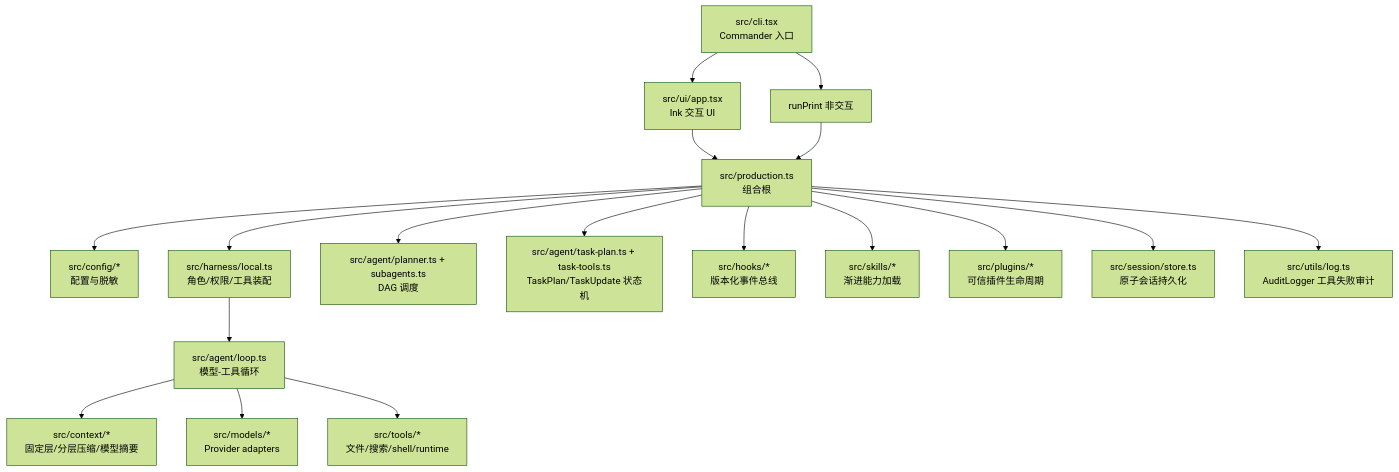
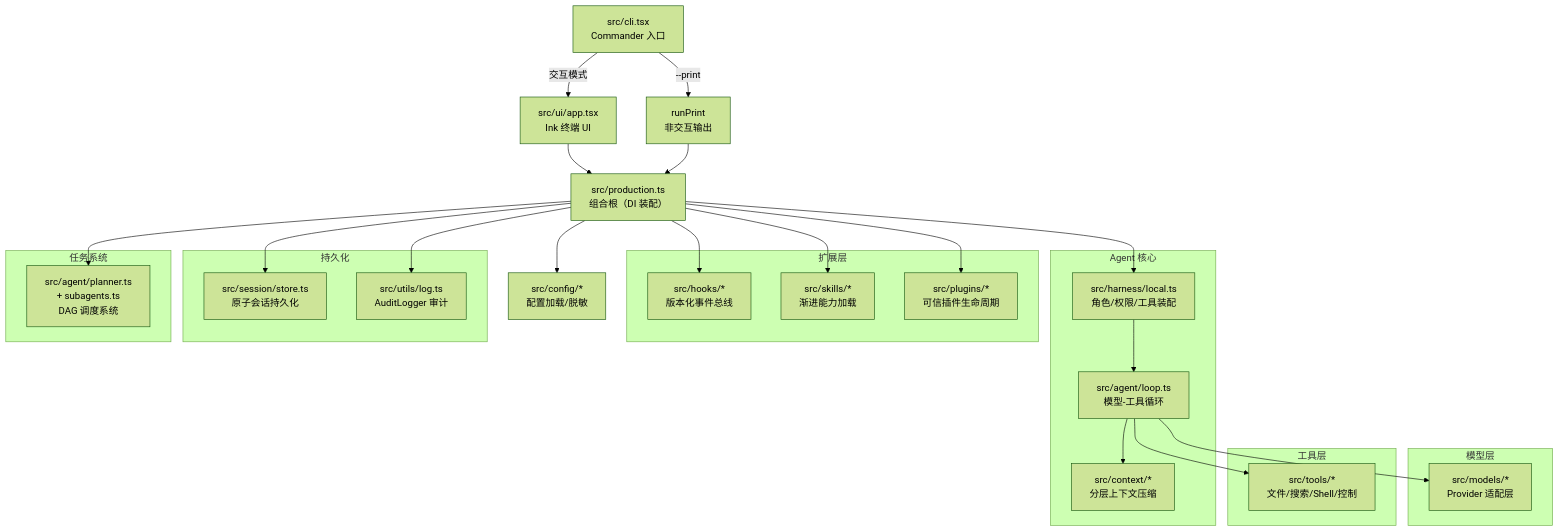
One commit to YachuanWzh/flavor-code changed the first of 11 diagrams in 技术方案报告.md. Above: the diagram before and after it, drawn with Mermaid (forest theme). The commit also changed other lines of this file and 1 other file, not shown here.

First line of the commit message:
docs(architecture): 重构技术方案报告，完善架构设计与组件说明

````diff
--- a/技术方案报告.md
+++ b/技术方案报告.md
@@ -11,20 +48,51 @@
 ```mermaid
 flowchart TD
-  CLI["src/cli.tsx\nCommander 入口"] --> UI["src/ui/app.tsx\nInk 交互 UI"]
-  CLI --> PRINT["runPrint 非交互"]
-  UI --> PROD["src/production.ts\n组合根"]
-  PRINT --> PROD
-  PROD --> CFG["src/config/*\n配置与脱敏"]
-  PROD --> HARNESS["src/harness/local.ts\n角色/权限/工具装配"]
-  HARNESS --> LOOP["src/agent/loop.ts\n模型-工具循环"]
-  LOOP --> CTX["src/context/*\n固定层/分层压缩/模型摘要"]
-  LOOP --> MODELS["src/models/*\nProvider adapters"]
-  LOOP --> TOOLS["src/tools/*\n文件/搜索/shell/runtime"]
-  PROD --> TASKS["src/agent/planner.ts + subagents.ts\nDAG 调度"]
-  PROD --> PLAN["src/agent/task-plan.ts + task-tools.ts\nTaskPlan/TaskUpdate 状态机"]
-  PROD --> HOOKS["src/hooks/*\n版本化事件总线"]
-  PROD --> SKILLS["src/skills/*\n渐进能力加载"]
-  PROD --> PLUGINS["src/plugins/*\n可信插件生命周期"]
-  PROD --> SESSION["src/session/store.ts\n原子会话持久化"]
-  PROD --> AUDIT["src/utils/log.ts\nAuditLogger 工具失败审计"]
+    CLI["src/cli.tsx<br/>Commander 入口"]
+    CLI -->|交互模式| UI["src/ui/app.tsx<br/>Ink 终端 UI"]
+    CLI -->|--print| PRINT["runPrint<br/>非交互输出"]
+    UI --> PROD["src/production.ts<br/>组合根（DI 装配）"]
+    PRINT --> PROD
+
+    PROD --> CFG["src/config/*<br/>配置加载/脱敏"]
+    PROD --> HARNESS["src/harness/local.ts<br/>角色/权限/工具装配"]
+    PROD --> TASK_SYS["src/agent/planner.ts<br/>+ subagents.ts<br/>DAG 调度系统"]
+    PROD --> HOOKS["src/hooks/*<br/>版本化事件总线"]
+    PROD --> SKILLS["src/skills/*<br/>渐进能力加载"]
+    PROD --> PLUGINS["src/plugins/*<br/>可信插件生命周期"]
+    PROD --> SESSION["src/session/store.ts<br/>原子会话持久化"]
+    PROD --> AUDIT["src/utils/log.ts<br/>AuditLogger 审计"]
+
+    HARNESS --> LOOP["src/agent/loop.ts<br/>模型-工具循环"]
+    LOOP --> CTX["src/context/*<br/>分层上下文压缩"]
+    LOOP --> MODELS["src/models/*<br/>Provider 适配层"]
+    LOOP --> TOOLS["src/tools/*<br/>文件/搜索/Shell/控制"]
+
+    subgraph "Agent 核心"
+        LOOP
+        CTX
+        HARNESS
+    end
+
+    subgraph "模型层"
+        MODELS
+    end
+
+    subgraph "工具层"
+        TOOLS
+    end
+
+    subgraph "扩展层"
+        HOOKS
+        SKILLS
+        PLUGINS
+    end
+
+    subgraph "持久化"
+        SESSION
+        AUDIT
+    end
+
+    subgraph "任务系统"
+        TASK_SYS
+    end
 ```
````
